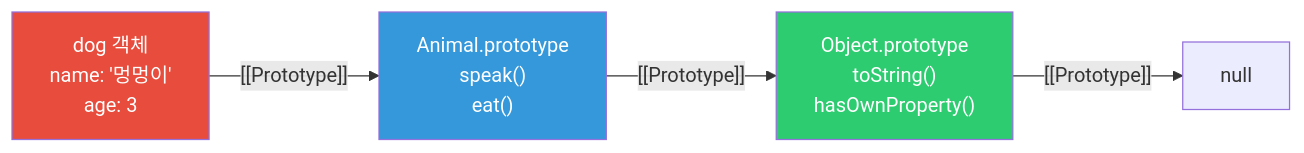
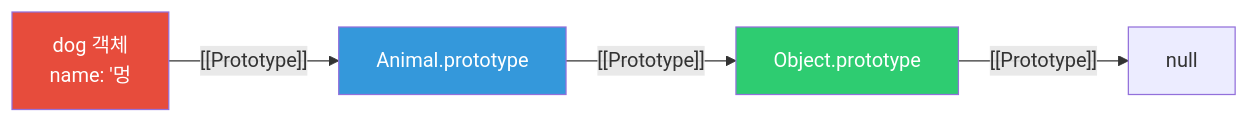
Before and after one commit to yjkim2015/yjkim2015.github.io: the first of 6 diagrams in _posts/frontend/2026-05-02-js-prototype.md, drawn with Mermaid. The commit also changed other lines of this file and 271 other files, not shown here.

First line of the commit message:
Mermaid 라벨 축소: 긴 노드 텍스트 18자 이하로 트림 + \n 제거

````diff
--- a/_posts/frontend/2026-05-02-js-prototype.md
+++ b/_posts/frontend/2026-05-02-js-prototype.md
@@ -28,13 +28,13 @@
 ```mermaid
 graph LR
-    DOG["dog 객체<br>name: '멍멍이'<br>age: 3"]
-    ANIMAL_PROTO["Animal.prototype<br>speak()<br>eat()"]
-    OBJ_PROTO["Object.prototype<br>toString()<br>hasOwnProperty()"]
+    DOG["dog 객체<br>name: '멍"]
+    ANIMAL_PROTO["Animal.prototype<b"]
+    OBJ_PROTO["Object.prototype<b"]
     NULL[null]
     DOG -->|"[[Prototype]]"| ANIMAL_PROTO
     ANIMAL_PROTO -->|"[[Prototype]]"| OBJ_PROTO
     OBJ_PROTO -->|"[[Prototype]]"| NULL
     style DOG fill:#e74c3c,color:#fff
     style ANIMAL_PROTO fill:#3498db,color:#fff
     style OBJ_PROTO fill:#2ecc71,color:#fff
 ```
````
